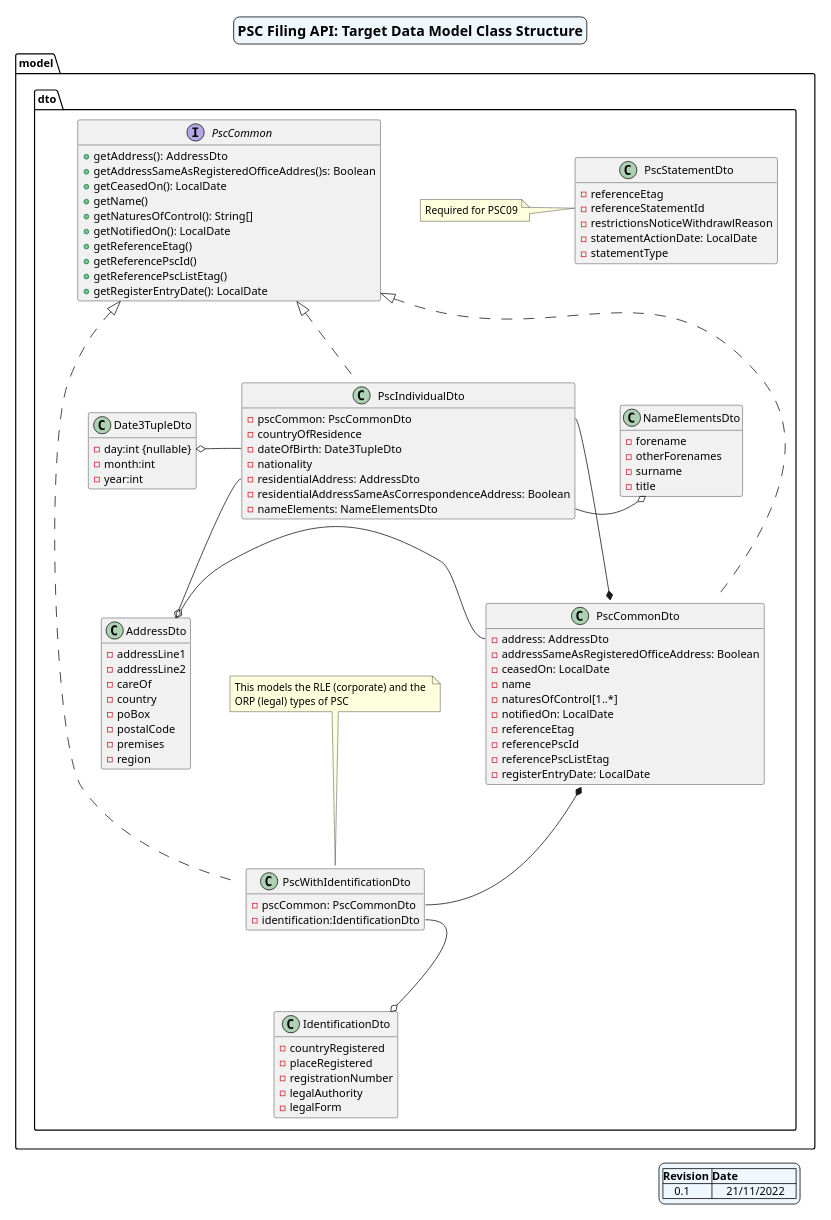
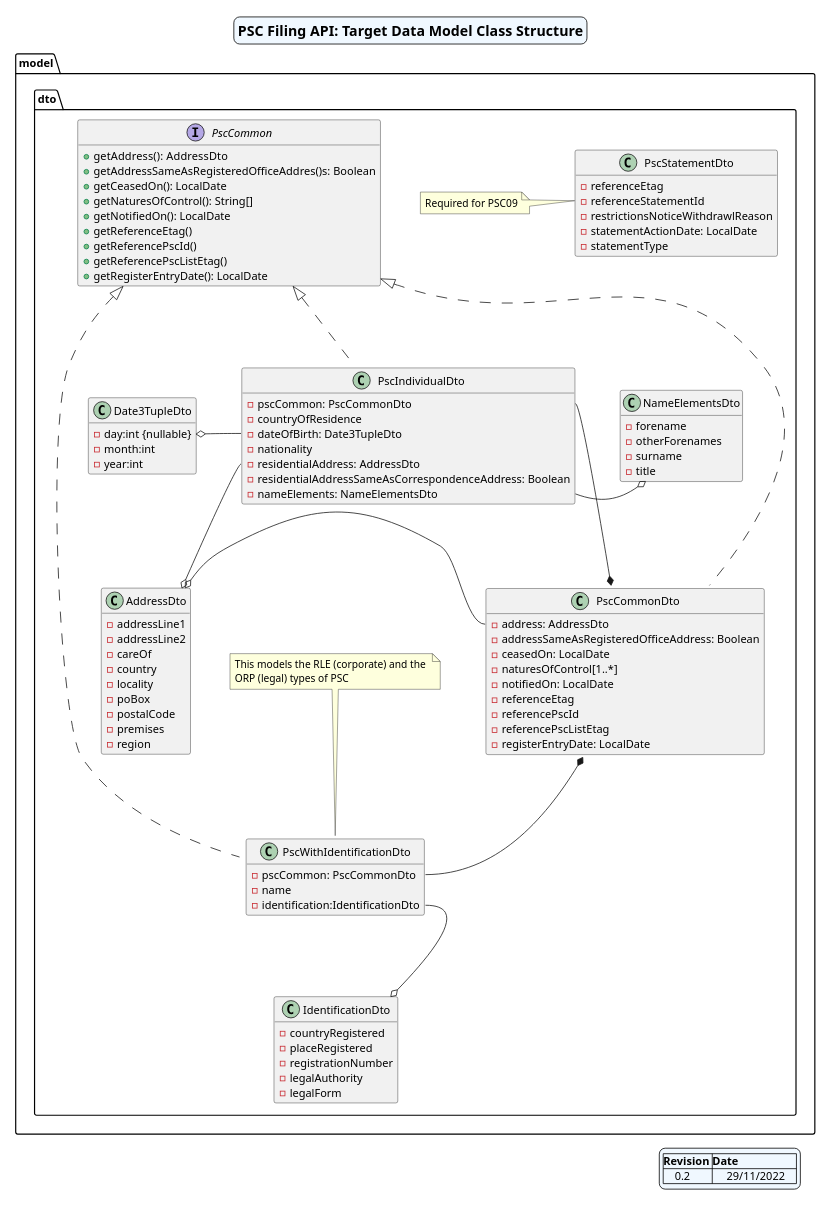
Before and after one commit to companieshouse/psc-filing-api: the diagram in docs/Target Data Model of PSC Classes.puml, drawn with PlantUML. The commit also changed 13 other files, not shown here.

```diff
--- a/docs/Target Data Model of PSC Classes.puml
+++ b/docs/Target Data Model of PSC Classes.puml
@@ -1,147 +1,142 @@
 @startuml
 'https://plantuml.com/class-diagram
 'ortho/polyline
 'skinparam linetype polyline
 skinparam nodesep 50 /' horizontal separator '/
 skinparam ranksep 100 /' vertical separator '/
 skinparam titleBorderRoundCorner 15
 skinparam titleBorderThickness 1
 skinparam titleBorderColor black
 skinparam titleBackgroundColor AliceBlue
 skinparam groupInheritance 1
 skinparam legendBackgroundColor AliceBlue
 
 'scale 800 width
 scale 0.5
 hide empty members
 'hide circle'
 skinparam titleFontSize 18
 
 title PSC Filing API: Target Data Model Class Structure
 
 legend right
 |=Revision |=Date |
-|    0.1    |     21/11/2022    |
+|    0.2    |     29/11/2022    |
 endlegend
 
     package "model" {
 
         package "dto" {
 
             class AddressDto {
                 -addressLine1
                 -addressLine2
                 -careOf
                 -country
+                -locality
                 -poBox
                 -postalCode
                 -premises
                 -region
             }
 
             class Date3TupleDto {
                 -day:int {nullable}
                 -month:int
                 -year:int
             }
-
-/'             note left of Date3TupleDto
-               day is null
-               for partial DOB
-            end note'/
 
             class IdentificationDto {
                 -countryRegistered
                 -placeRegistered
                 -registrationNumber
                 -legalAuthority
                -legalForm
             }
 
             class NameElementsDto {
                 -forename
                 -otherForenames
                 -surname
                 -title
             }
             
             class PscStatementDto {
                 -referenceEtag
                 -referenceStatementId
                 -restrictionsNoticeWithdrawlReason
                 -statementActionDate: LocalDate
                 -statementType
             }
 
             note "Required for PSC09" as Note2
 
           Note2 - PscStatementDto::referenceStatementId
 
 /'          note left of PscStatementDto::statementType
                 See public spec for full list
            end note'/
 
             interface PscCommon {
                 +getAddress():  AddressDto
                 +getAddressSameAsRegisteredOfficeAddres()s: Boolean
                 +getCeasedOn(): LocalDate
-                +getName()
                 +getNaturesOfControl(): String[]
                 +getNotifiedOn(): LocalDate
                 +getReferenceEtag()
                 +getReferencePscId()
                 +getReferencePscListEtag()
                 +getRegisterEntryDate(): LocalDate
             }
 
             class PscCommonDto implements PscCommon {
                 -address: AddressDto
                 -addressSameAsRegisteredOfficeAddress: Boolean
                 -ceasedOn: LocalDate
-                -name
                 -naturesOfControl[1..*]
                 -notifiedOn: LocalDate
                 -referenceEtag
                 -referencePscId
                 -referencePscListEtag
                 -registerEntryDate: LocalDate
             }
 
 /'           note left of PscCommonDto::naturesOfControl
                 See public spec for full list
             end note'/
 
             class PscIndividualDto implements PscCommon {
                 -pscCommon: PscCommonDto
                 -countryOfResidence
                 -dateOfBirth: Date3TupleDto
                 -nationality
                 -residentialAddress: AddressDto
                 -residentialAddressSameAsCorrespondenceAddress: Boolean
                 -nameElements: NameElementsDto
             }
 
 /'           note "This models an individual PSC" as Note2
              Note2 .. PscIndividualDto'/
 
             class PscWithIdentificationDto implements PscCommon {
                 -pscCommon: PscCommonDto
+                -name
                 -identification:IdentificationDto
             }
             
             
            note "This models the RLE (corporate) and the \nORP (legal) types of PSC" as Note1
                 Note1 -- PscWithIdentificationDto
 
             'PscCommonDto *-- PscIndividualDto::pscCommon
             PscCommonDto *-- PscIndividualDto::pscCommon
             PscCommonDto *-- PscWithIdentificationDto::pscCommon
             PscIndividualDto::nameElements -o NameElementsDto
             PscWithIdentificationDto::identification --o IdentificationDto
             AddressDto o- PscCommonDto::address
             PscIndividualDto::residentialAddress -o AddressDto
             Date3TupleDto o- PscIndividualDto::dateOfBirth
         }
     }
 
 @enduml
```
